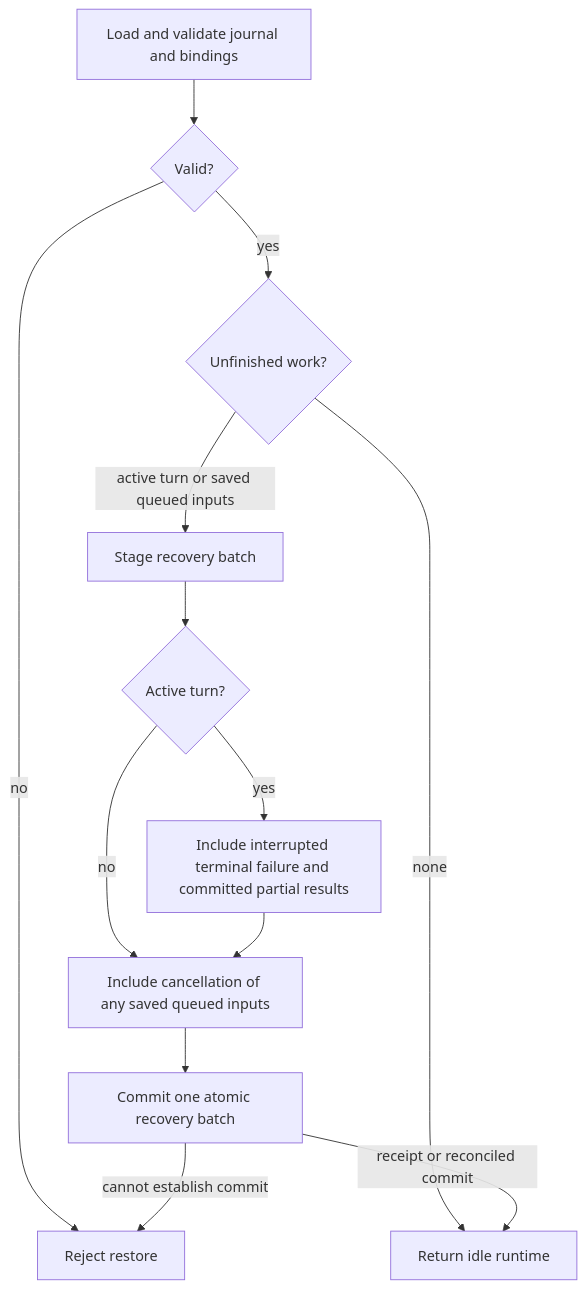
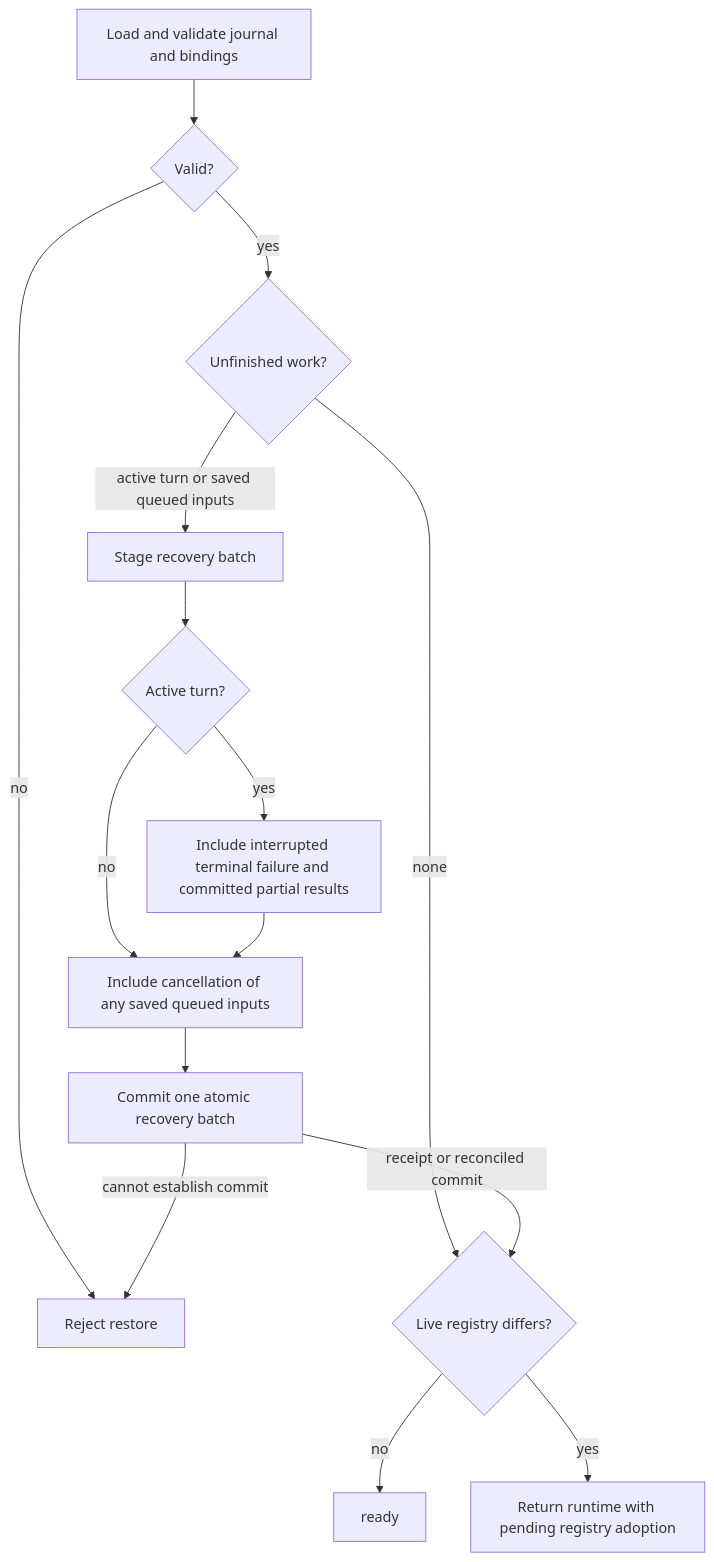
The sixth of 9 diagrams in docs/session-runtime.md (danbarua/labkit-agent), drawn with Mermaid before and after one commit. The commit also changed other lines of this file and 11 other files, not shown here.

````diff
--- a/docs/session-runtime.md
+++ b/docs/session-runtime.md
@@ -147,15 +147,17 @@
 ```mermaid
 flowchart TD
   load[Load and validate journal and bindings] --> valid{Valid?}
   valid -->|no| reject[Reject restore]
   valid -->|yes| work{Unfinished work?}
-  work -->|none| ready[Return idle runtime]
+  work -->|none| registry
   work -->|active turn or saved queued inputs| stage[Stage recovery batch]
   stage --> active{Active turn?}
   active -->|yes| terminal[Include interrupted terminal failure and committed partial results]
   active -->|no| queued[Include cancellation of any saved queued inputs]
   terminal --> queued
   queued --> append[Commit one atomic recovery batch]
-  append -->|receipt or reconciled commit| ready
+  append -->|receipt or reconciled commit| registry{Live registry differs?}
   append -->|cannot establish commit| reject
+  registry -->|no| ready
+  registry -->|yes| pending[Return runtime with pending registry adoption]
 ```
````
